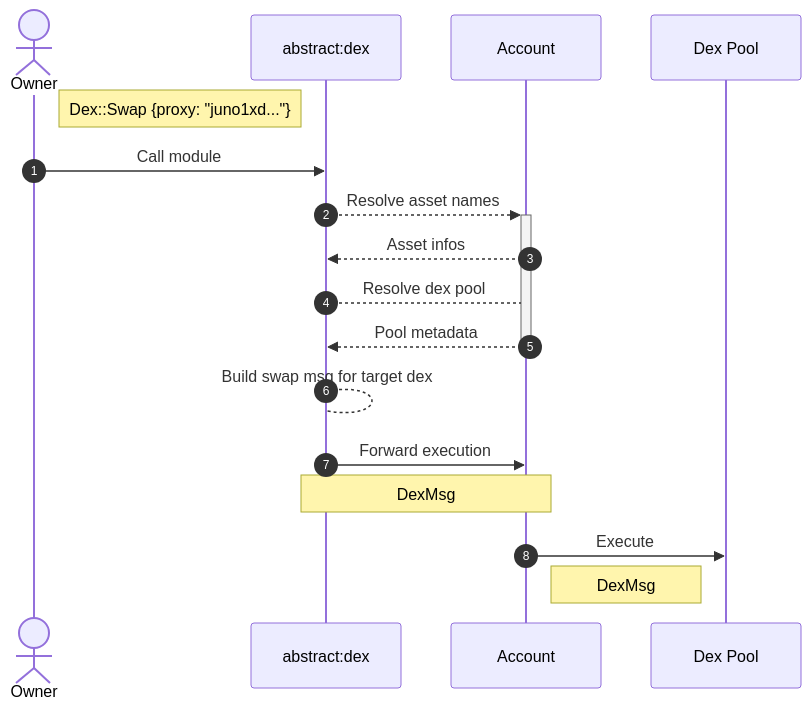
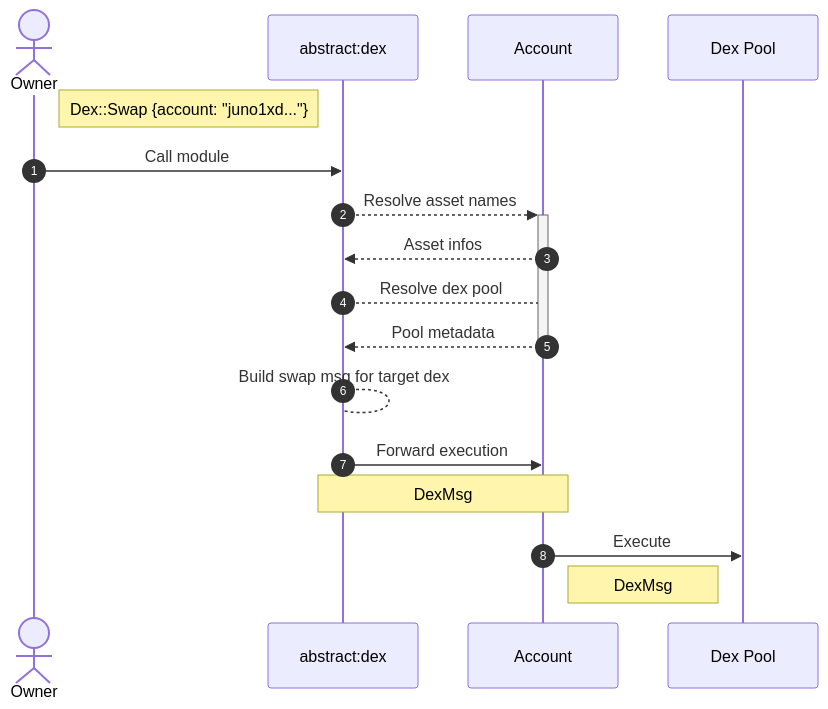
Before and after one commit to AbstractSDK/abstract: the third of 4 diagrams in framework/docs/src/5_platform/5_module_factory.md, drawn with Mermaid. The commit also changed 5 other files, not shown here.

````diff
--- a/framework/docs/src/5_platform/5_module_factory.md
+++ b/framework/docs/src/5_platform/5_module_factory.md
@@ -61,20 +61,20 @@
 ```mermaid
 sequenceDiagram
     autonumber
     actor U as Owner
     participant D as abstract:dex
     participant A as ANS
     participant A as Account
     participant T as Dex Pool
-    Note right of U: Dex::Swap {proxy: "juno1xd..."}
+    Note right of U: Dex::Swap {account: "juno1xd..."}
     U ->> D: Call module
     D -->>+ A: Resolve asset names
     A -->> D: Asset infos
     D --> A: Resolve dex pool
     A -->>- D: Pool metadata
     D --> D: Build swap msg for target dex
     D ->> A: Forward execution
     Note over D, A: DexMsg
     A ->> T: Execute
     Note right of A: DexMsg
 ```
````
